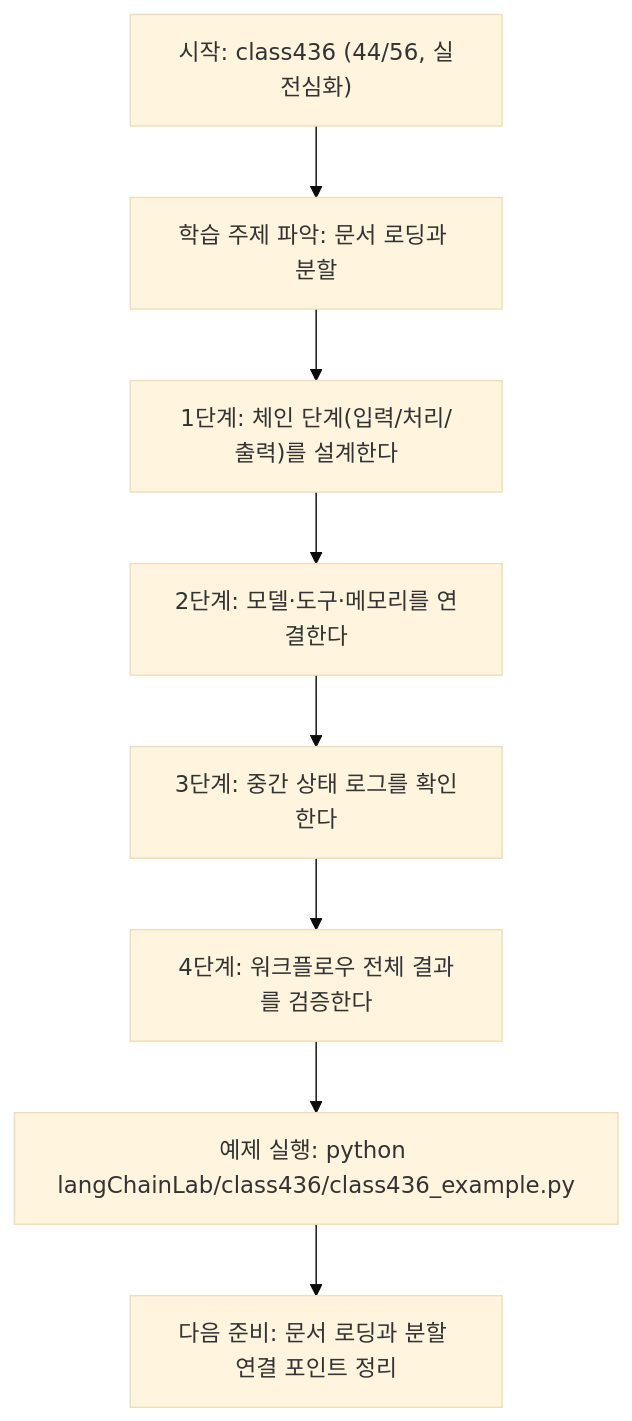
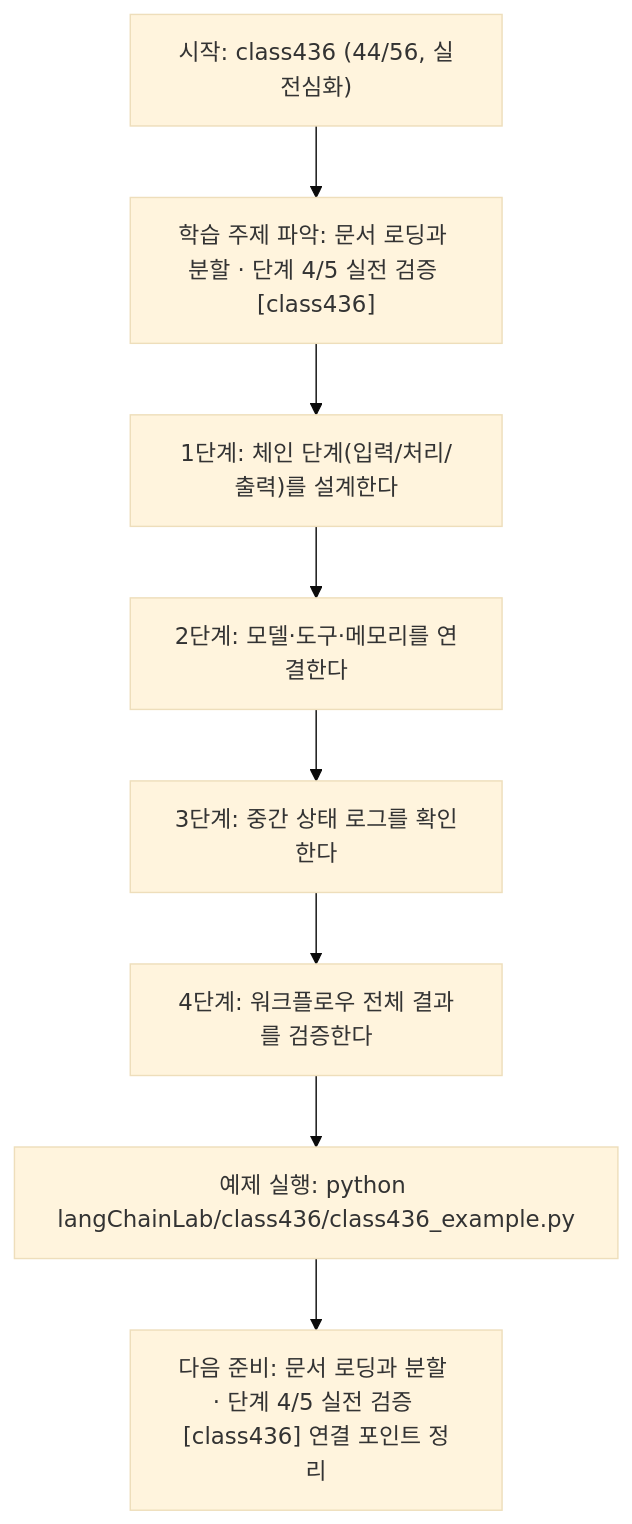
The diagram in langChainLab/class436/class436.md (edumgt/Python-AI_Agent-Class), drawn with Mermaid (base theme) before and after one commit. The commit also changed other lines of this file and 522 other files, not shown here.

````diff
--- a/langChainLab/class436/class436.md
+++ b/langChainLab/class436/class436.md
@@ -109,18 +110,18 @@
 ```mermaid
 flowchart TD
 N1["시작: class436 (44/56, 실전심화)"]
-N2["학습 주제 파악: 문서 로딩과 분할"]
+N2["학습 주제 파악: 문서 로딩과 분할 · 단계 4/5 실전 검증 [class436]"]
 N3["1단계: 체인 단계(입력/처리/출력)를 설계한다"]
 N4["2단계: 모델·도구·메모리를 연결한다"]
 N5["3단계: 중간 상태 로그를 확인한다"]
 N6["4단계: 워크플로우 전체 결과를 검증한다"]
 N7["예제 실행: python langChainLab/class436/class436_example.py"]
-N8["다음 준비: 문서 로딩과 분할 연결 포인트 정리"]
+N8["다음 준비: 문서 로딩과 분할 · 단계 4/5 실전 검증 [class436] 연결 포인트 정리"]
 N1 --> N2
 N2 --> N3
 N3 --> N4
 N4 --> N5
 N5 --> N6
 N6 --> N7
 N7 --> N8
 ```
````
